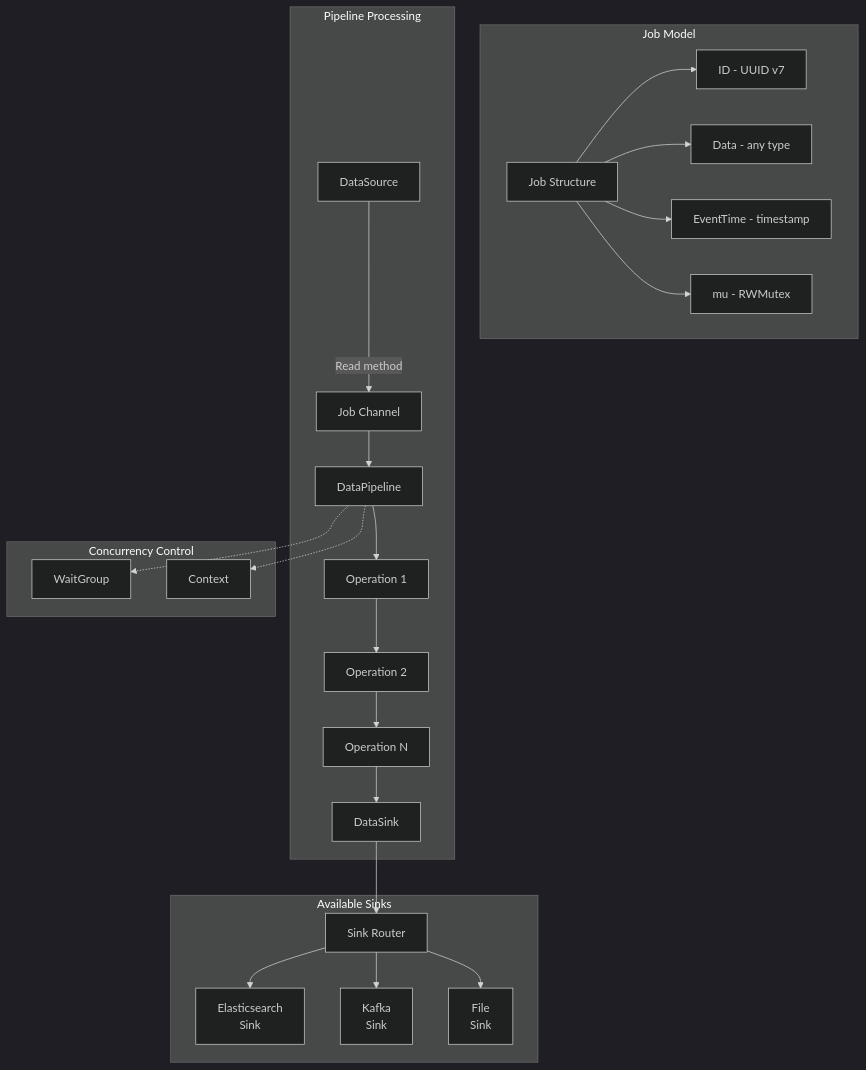
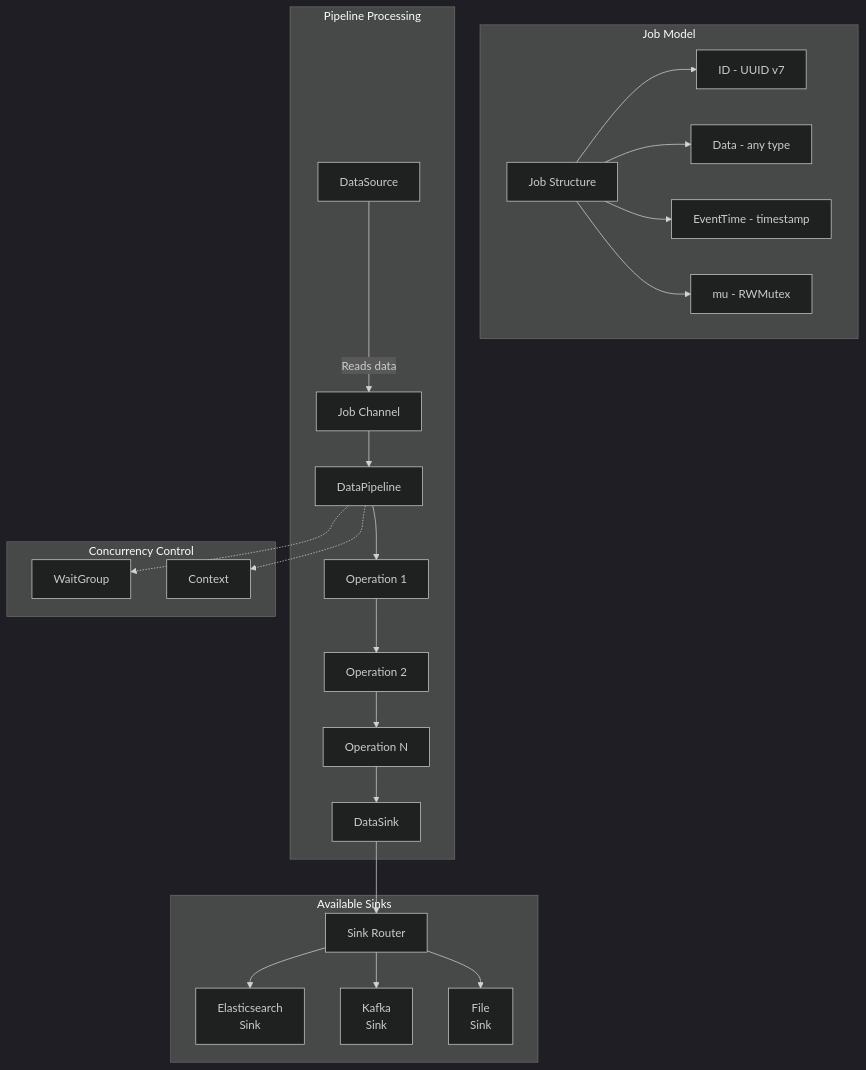
One commit to tarungka/wire changed the seventh of 10 diagrams in docs/ARCHITECTURE_DIAGRAMS.md. Above: the diagram before and after it, drawn with Mermaid (dark theme).

Commit message:
fix: Update edge label to avoid any parsing issues
Changed 'Read method' to 'Reads data' to ensure compatibility with all Mermaid parsers

````diff
--- a/docs/ARCHITECTURE_DIAGRAMS.md
+++ b/docs/ARCHITECTURE_DIAGRAMS.md
@@ -331,47 +331,47 @@
 ```mermaid
 graph TB
     subgraph "Job Model"
         Job[Job Structure]
         JobID[ID - UUID v7]
         JobData[Data - any type]
         JobTime[EventTime - timestamp]
         JobMutex[mu - RWMutex]
         
         Job --> JobID
         Job --> JobData
         Job --> JobTime
         Job --> JobMutex
     end
     
     subgraph "Pipeline Processing"
-        Source[DataSource] -->|Read method| JobChannel[Job Channel]
+        Source[DataSource] -->|Reads data| JobChannel[Job Channel]
         
         JobChannel --> Pipeline[DataPipeline]
         
         Pipeline --> Op1[Operation 1]
         Op1 --> Op2[Operation 2]
         Op2 --> OpN[Operation N]
         
         OpN --> Sink[DataSink]
     end
     
     subgraph "Available Sinks"
         SinkRouter[Sink Router]
         ESSink[Elasticsearch<br/>Sink]
         KafkaSink[Kafka<br/>Sink]
         FileSink[File<br/>Sink]
         
         Sink --> SinkRouter
         SinkRouter --> ESSink
         SinkRouter --> KafkaSink
         SinkRouter --> FileSink
     end
     
     subgraph "Concurrency Control"
         WaitGroup[WaitGroup]
         Context[Context]
         
         Pipeline -.-> WaitGroup
         Pipeline -.-> Context
     end
 ```
````
